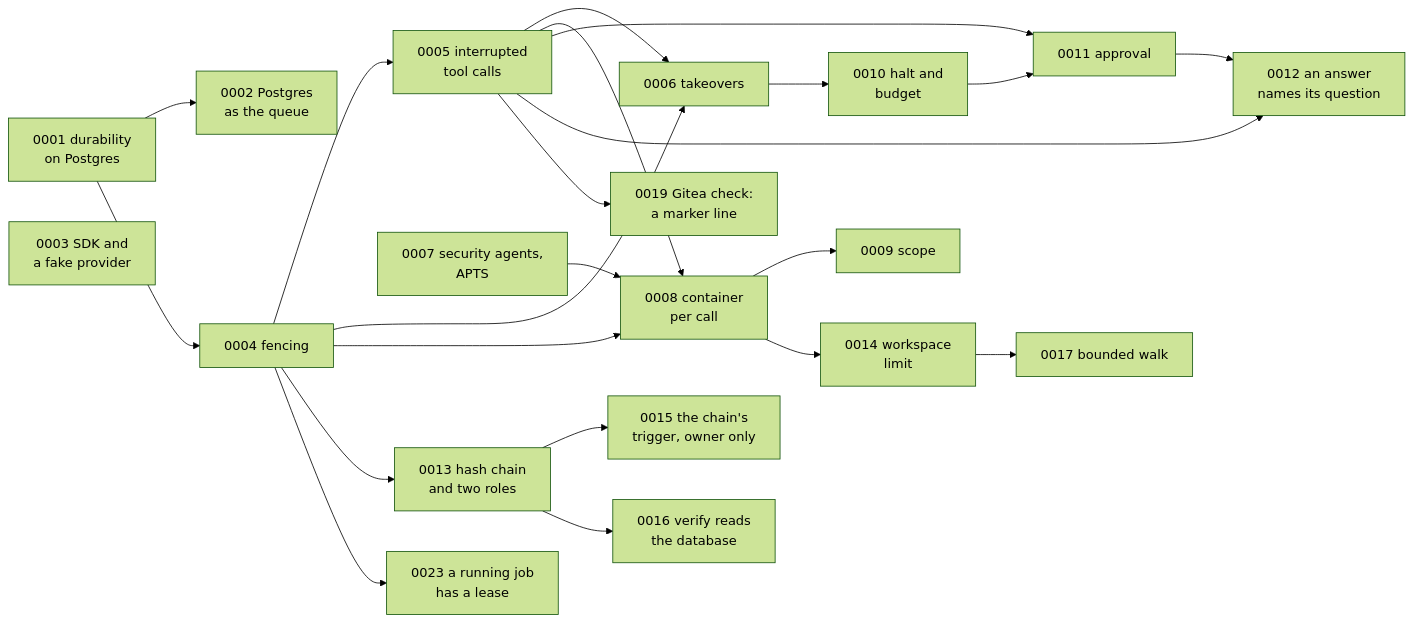
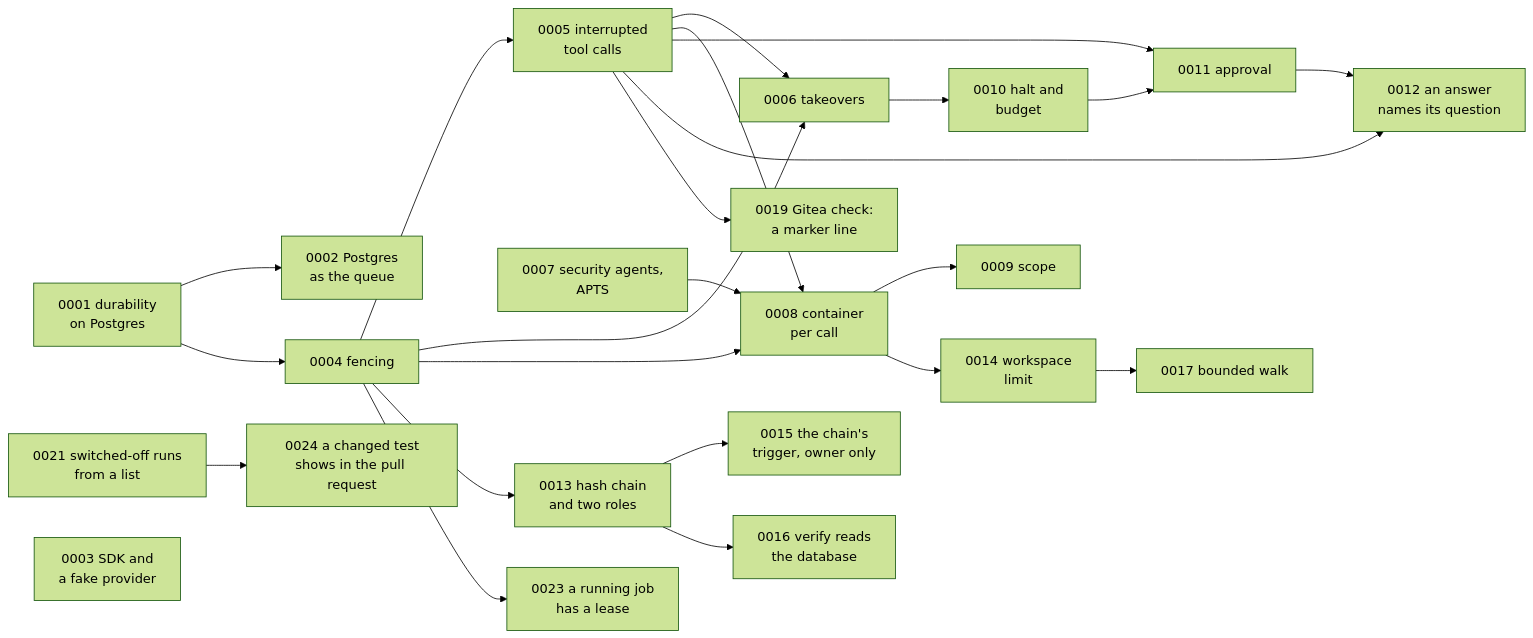
The diagram in docs/adr/README.md (sindredg/agent-runtime), drawn with Mermaid (forest theme) before and after one commit. The commit also changed other lines of this file and 1 other file, not shown here.

Commit message:
docs: decide how a changed test shows in the pull request (ADR 0024) (#161)

````diff
--- a/docs/adr/README.md
+++ b/docs/adr/README.md
@@ -6,25 +6,26 @@
 ```mermaid
 flowchart LR
     A1[0001 durability<br/>on Postgres] --> A2[0002 Postgres<br/>as the queue]
     A1 --> A4[0004 fencing]
     A4 --> A5[0005 interrupted<br/>tool calls]
     A4 --> A6[0006 takeovers]
     A5 --> A6
     A7[0007 security agents,<br/>APTS] --> A8[0008 container<br/>per call]
     A4 --> A8
     A5 --> A8
     A8 --> A9[0009 scope]
     A6 --> A10[0010 halt and<br/>budget]
     A5 --> A11[0011 approval]
     A10 --> A11
     A11 --> A12[0012 an answer<br/>names its question]
     A5 --> A12
     A4 --> A13[0013 hash chain<br/>and two roles]
     A8 --> A14[0014 workspace<br/>limit]
     A13 --> A15[0015 the chain's<br/>trigger, owner only]
     A13 --> A16[0016 verify reads<br/>the database]
     A14 --> A17[0017 bounded walk]
     A5 --> A19[0019 Gitea check:<br/>a marker line]
     A4 --> A23[0023 a running job<br/>has a lease]
+    A21[0021 switched-off runs<br/>from a list] --> A24[0024 a changed test<br/>shows in the pull request]
     A3[0003 SDK and<br/>a fake provider]
 ```
````
